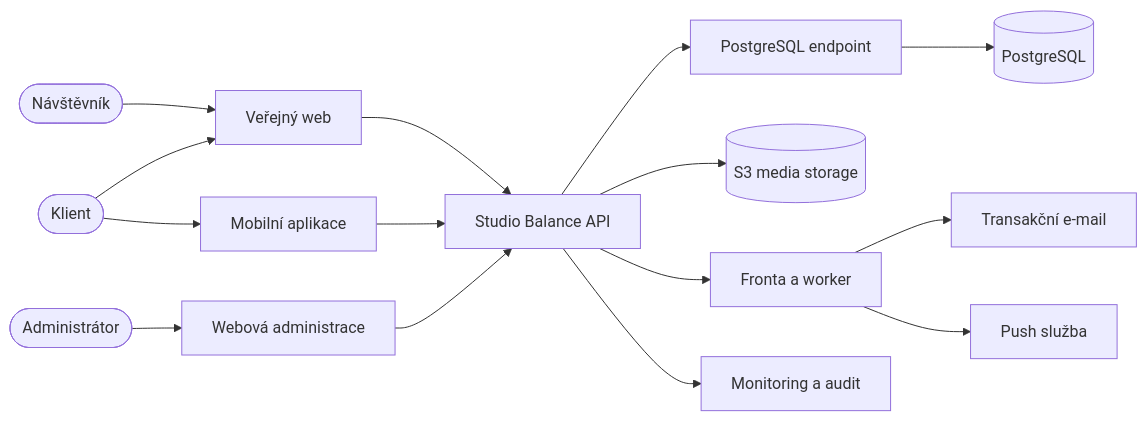
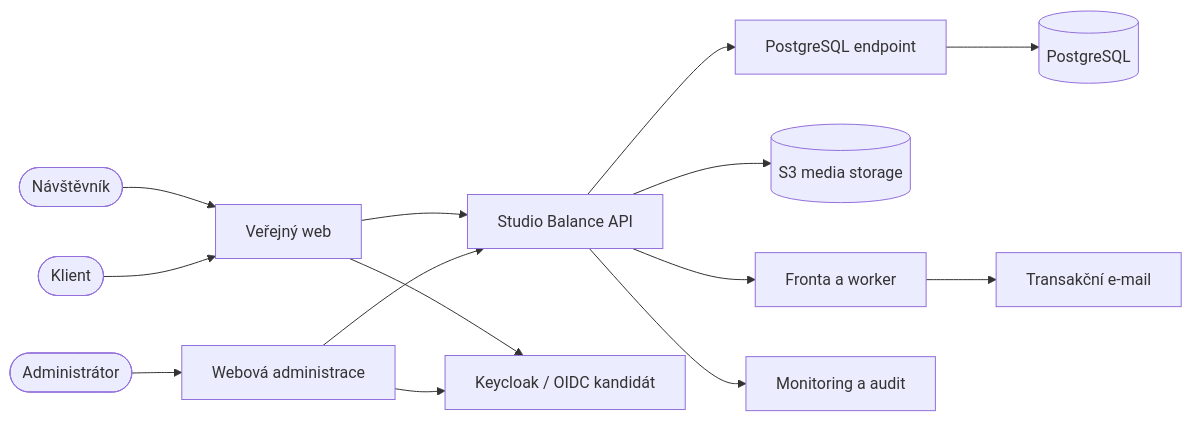
One commit to voldzi/Studio-Balance changed the first of 6 diagrams in docs/architecture.md. Above: the diagram before and after it, drawn with Mermaid. The commit also changed other lines of this file and 23 other files, not shown here.

````diff
--- a/docs/architecture.md
+++ b/docs/architecture.md
@@ -16,17 +16,16 @@
 ```mermaid
 flowchart LR
   visitor([Návštěvník]) --> web[Veřejný web]
   client([Klient]) --> web
-  client --> mobile[Mobilní aplikace]
   admin([Administrátor]) --> adminui[Webová administrace]
   web --> api[Studio Balance API]
-  mobile --> api
   adminui --> api
+  web --> oidc[Keycloak / OIDC kandidát]
+  adminui --> oidc
   api --> dbproxy[PostgreSQL endpoint]
   dbproxy --> db[(PostgreSQL)]
   api --> media[(S3 media storage)]
   api --> jobs[Fronta a worker]
   jobs --> email[Transakční e-mail]
-  jobs --> push[Push služba]
   api --> telemetry[Monitoring a audit]
 ```
````
